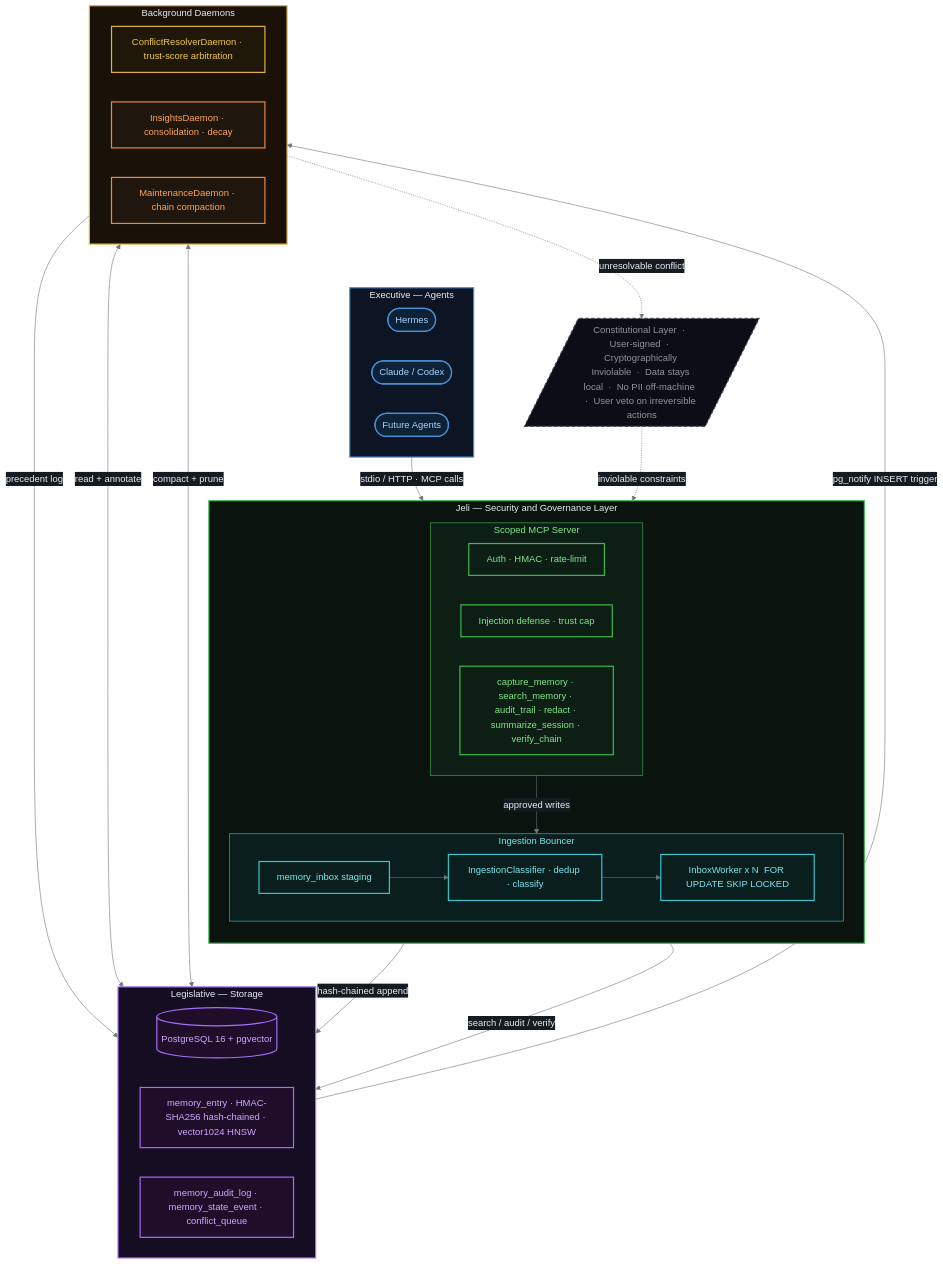
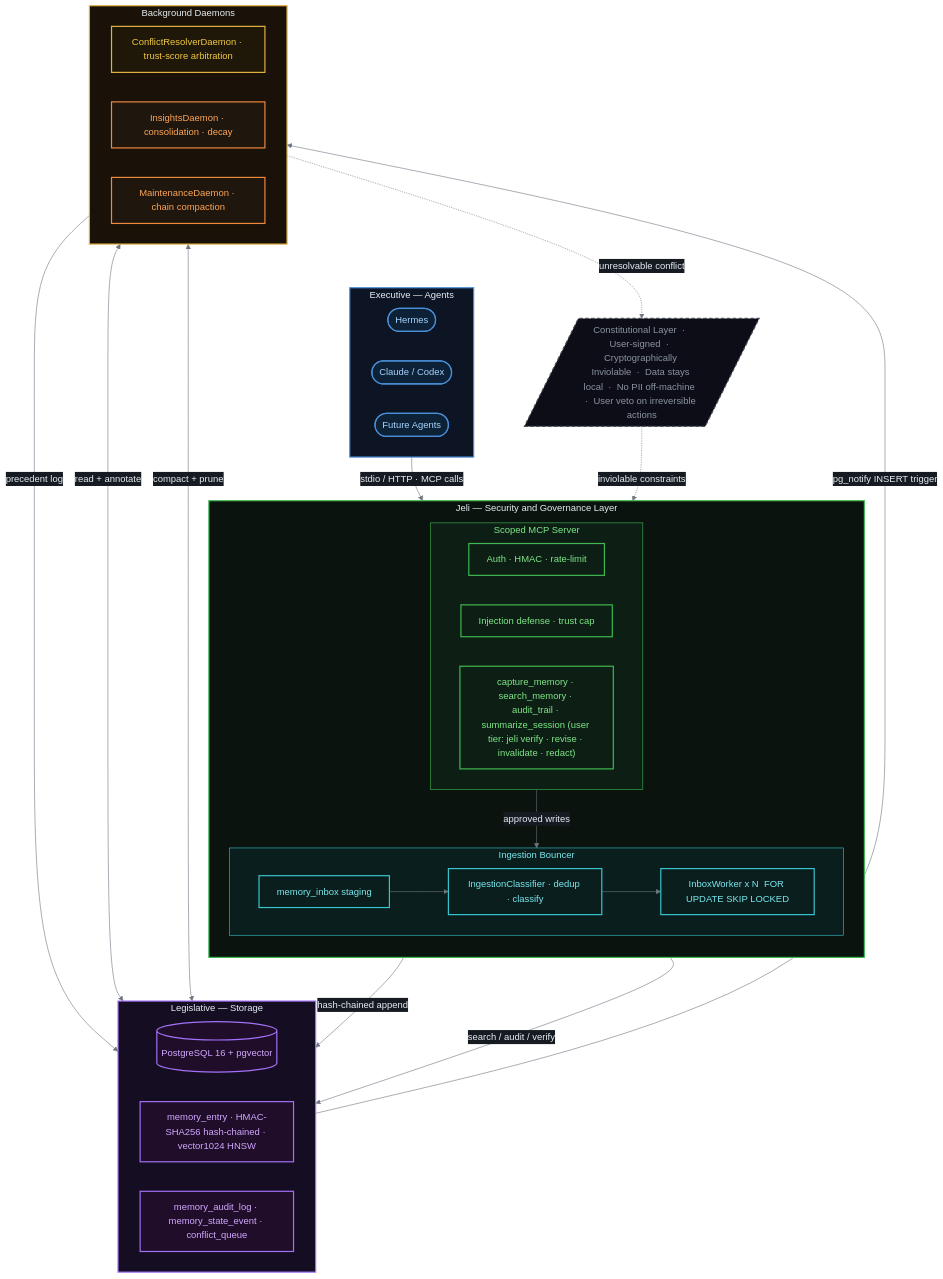
The first of 2 diagrams in README.md (LegionForge/jeli), drawn with Mermaid before and after one commit. The commit also changed other lines of this file and 12 other files, not shown here.

First line of the commit message:
feat: redaction as a chained state event (jeli redact CLI, read-time masking) (#22)

````diff
--- a/README.md
+++ b/README.md
@@ -31,73 +31,73 @@
 ```mermaid
 %%{init: {'theme': 'base', 'themeVariables': {'background': '#0d1117', 'mainBkg': '#161b22', 'primaryColor': '#1c2938', 'primaryBorderColor': '#30363d', 'primaryTextColor': '#e6edf3', 'lineColor': '#6e7681', 'clusterBkg': '#161b22', 'clusterBorder': '#30363d', 'edgeLabelBackground': '#161b22', 'titleColor': '#e6edf3'}}}%%
 
 flowchart TB
     classDef agent      fill:#0d2137,stroke:#4a90d9,stroke-width:2px,color:#a8d4ff
     classDef jeliGreen  fill:#0d1f15,stroke:#3fb950,stroke-width:2px,color:#7ee787
     classDef jeliTeal   fill:#0a1e1e,stroke:#39c5cf,stroke-width:2px,color:#79e8ef
     classDef storage    fill:#1f0d2a,stroke:#a371f7,stroke-width:2px,color:#d2a8ff
     classDef judicial   fill:#1f1808,stroke:#e3b341,stroke-width:2px,color:#f0c842
     classDef daemon     fill:#1f160d,stroke:#f0883e,stroke-width:2px,color:#ffa657
     classDef constStyle fill:#0d0d18,stroke:#484f58,stroke-width:2px,stroke-dasharray:6 4,color:#8b949e
 
     subgraph EXEC["Executive — Agents"]
         direction LR
         H(["Hermes"]):::agent
         CL(["Claude / Codex"]):::agent
         FA(["Future Agents"]):::agent
     end
 
     subgraph JELI["Jeli — Security and Governance Layer"]
         direction TB
 
         subgraph MCP["Scoped MCP Server"]
             direction LR
             AUTH["Auth · HMAC · rate-limit"]:::jeliGreen
             IDEF["Injection defense · trust cap"]:::jeliGreen
-            TOOLS["capture_memory · search_memory · audit_trail · redact · summarize_session · verify_chain"]:::jeliGreen
+            TOOLS["capture_memory · search_memory · audit_trail · summarize_session (user tier: jeli verify · revise · invalidate · redact)"]:::jeliGreen
         end
 
         subgraph BOUNCER["Ingestion Bouncer"]
             direction LR
             INBOX["memory_inbox staging"]:::jeliTeal
             CLF["IngestionClassifier · dedup · classify"]:::jeliTeal
             WRK["InboxWorker x N  FOR UPDATE SKIP LOCKED"]:::jeliTeal
             INBOX --> CLF --> WRK
         end
 
         MCP -->|"approved writes"| BOUNCER
     end
 
     subgraph LEGIS["Legislative — Storage"]
         direction LR
         PG[("PostgreSQL 16 + pgvector")]:::storage
         CHAIN["memory_entry · HMAC-SHA256 hash-chained · vector1024 HNSW"]:::storage
         AUDIT["memory_audit_log · memory_state_event · conflict_queue"]:::storage
     end
 
     subgraph DAEMONS["Background Daemons"]
         direction LR
         CRD["ConflictResolverDaemon · trust-score arbitration"]:::judicial
         INS["InsightsDaemon · consolidation · decay"]:::daemon
         MNT["MaintenanceDaemon · chain compaction"]:::daemon
     end
 
     CONST[/"Constitutional Layer  ·  User-signed  ·  Cryptographically Inviolable  ·  Data stays local  ·  No PII off-machine  ·  User veto on irreversible actions"/]:::constStyle
 
     EXEC  -->|"stdio / HTTP · MCP calls"| MCP
     WRK   -->|"hash-chained append"| PG
     MCP   -->|"search / audit / verify"| PG
     PG    -->|"pg_notify INSERT trigger"| CRD
     CRD   -->|"precedent log"| PG
     CRD   -.->|"unresolvable conflict"| CONST
     INS   <-->|"read + annotate"| PG
     MNT   <-->|"compact + prune"| PG
     CONST -.->|"inviolable constraints"| MCP
 
     style EXEC    fill:#0d1525,stroke:#4a90d9,stroke-width:2px,color:#e6edf3
     style JELI    fill:#0a130d,stroke:#3fb950,stroke-width:2px,color:#e6edf3
     style MCP     fill:#0d1f15,stroke:#3fb950,stroke-width:1px,color:#7ee787
     style BOUNCER fill:#0a1e1e,stroke:#39c5cf,stroke-width:1px,color:#79e8ef
     style LEGIS   fill:#150d22,stroke:#a371f7,stroke-width:2px,color:#e6edf3
     style DAEMONS fill:#1a1208,stroke:#e3b341,stroke-width:2px,color:#e6edf3
 ```
````
